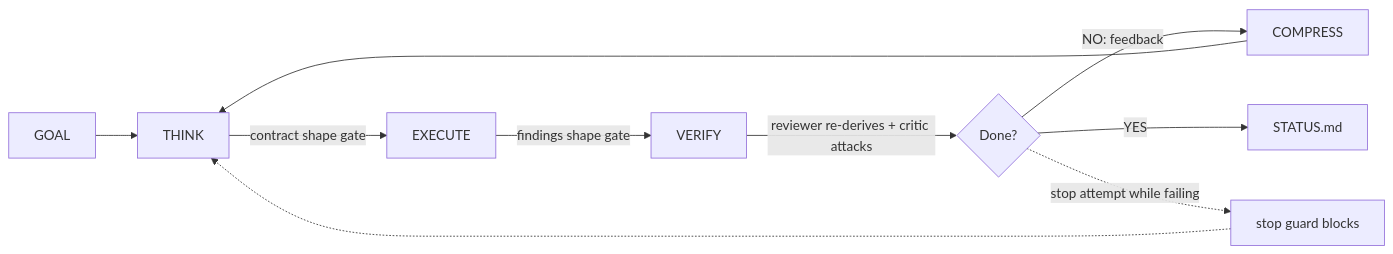
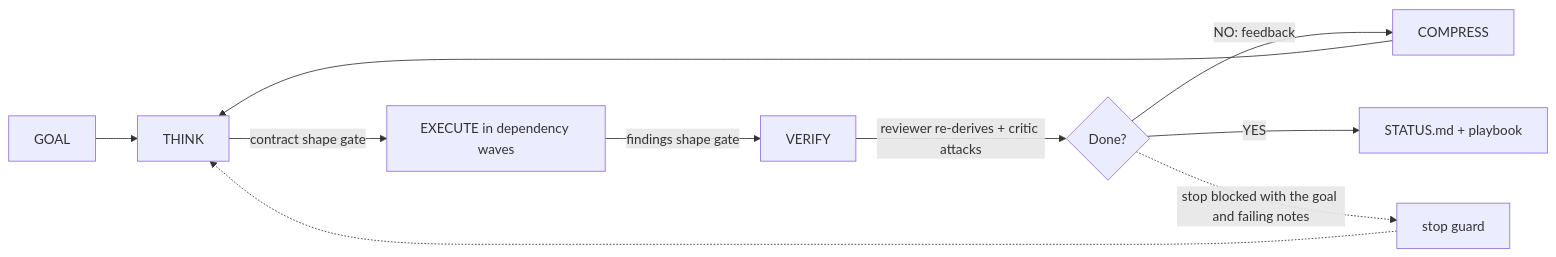
Before and after one commit to jagmarques/company-skill: the diagram in README.md, drawn with Mermaid.

Commit message:
Refresh the loop graph for dependency waves and the actionable block (#21)

````diff
--- a/README.md
+++ b/README.md
@@ -27,12 +27,12 @@
 ```mermaid
 graph LR
     G[GOAL] --> T[THINK]
-    T -->|contract shape gate| E[EXECUTE]
+    T -->|contract shape gate| E[EXECUTE in dependency waves]
     E -->|findings shape gate| V[VERIFY]
     V -->|reviewer re-derives + critic attacks| D{Done?}
     D -->|NO: feedback| C[COMPRESS]
     C --> T
-    D -->|YES| S[STATUS.md]
-    D -.->|stop attempt while failing| B[stop guard blocks]
+    D -->|YES| S[STATUS.md + playbook]
+    D -.->|stop blocked with the goal and failing notes| B[stop guard]
     B -.-> T
 ```
````
